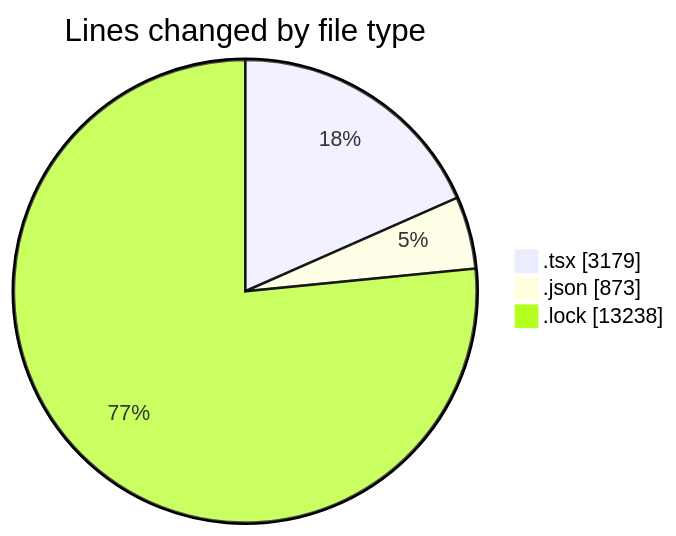
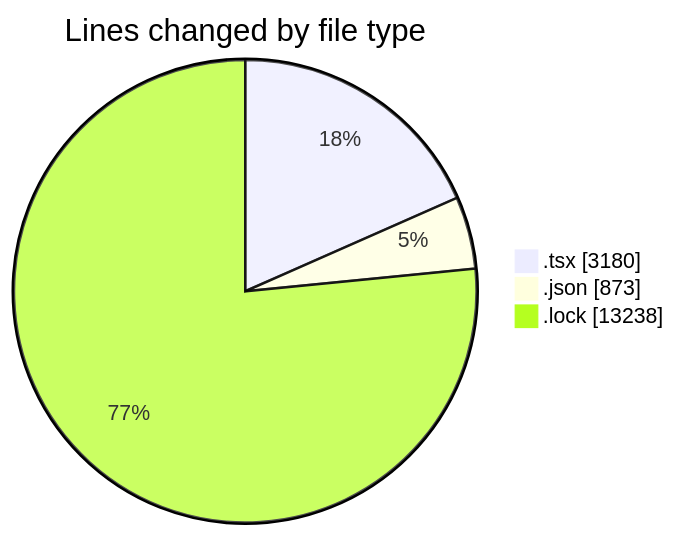
One commit to momahboobian/code-tracking changed the first of 2 diagrams in 2026-01-09/cda/README.md. Above: the diagram before and after it, drawn with Mermaid. The commit also changed other lines of this file and 1 other file, not shown here.

````diff
--- a/2026-01-09/cda/README.md
+++ b/2026-01-09/cda/README.md
@@ -26,7 +26,7 @@
 ```mermaid
 pie showData
 title Lines changed by file type
-".tsx" : 3179
+".tsx" : 3180
 ".json" : 873
 ".lock" : 13238
 ```
````
